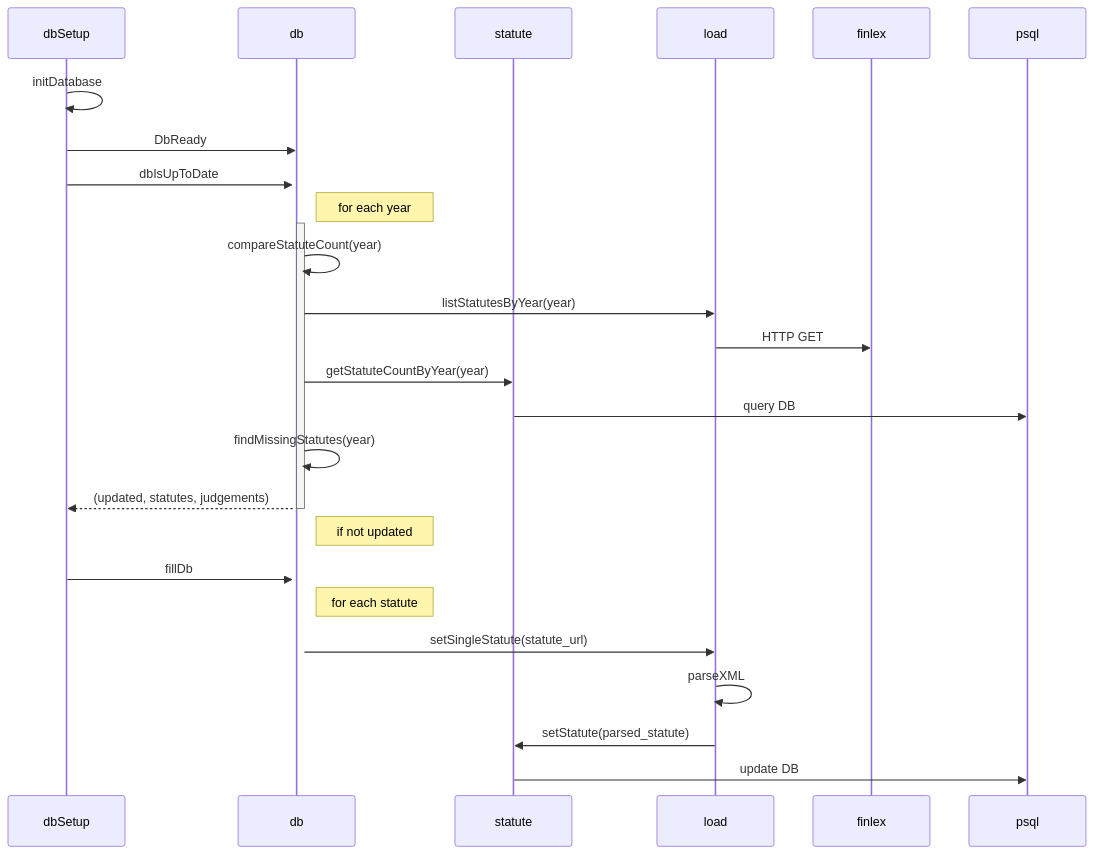
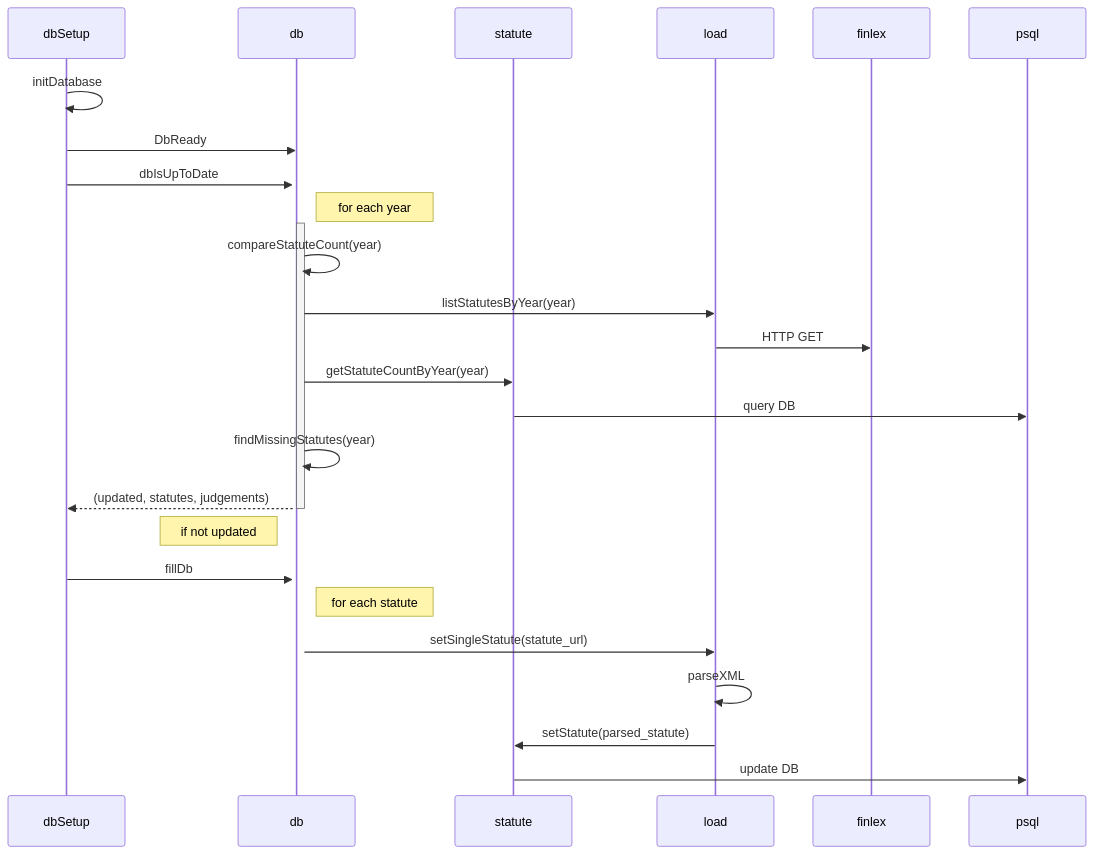
One commit to mluukkai/poc changed the first of 3 diagrams in README.md. Above: the diagram before and after it, drawn with Mermaid.

Commit message:
Change note position in README.md

````diff
--- a/README.md
+++ b/README.md
@@ -1,31 +1,31 @@
 ```mermaid
 sequenceDiagram
   participant dbSetup
   participant db
   participant statute
   participant load
   participant finlex
   participant psql
 
   dbSetup ->> dbSetup: initDatabase
   dbSetup ->> db: DbReady
   dbSetup ->>+ db: dbIsUpToDate
   Note right of db: for each year
   activate db
   db ->> db: compareStatuteCount(year)
   db ->> load: listStatutesByYear(year)
   load ->> finlex: HTTP GET
   db ->> statute: getStatuteCountByYear(year)
   statute ->> psql: query DB
   db ->> db: findMissingStatutes(year)
   db -->> dbSetup: (updated, statutes, judgements)
   deactivate db
-  Note right of db: if not updated
+  Note left of db: if not updated
   dbSetup ->> db: fillDb
   activate db
   Note right of db: for each statute
   db ->> load: setSingleStatute(statute_url)
   load ->> load: parseXML
   load ->> statute: setStatute(parsed_statute)
   statute ->> psql: update DB
 ```
````
